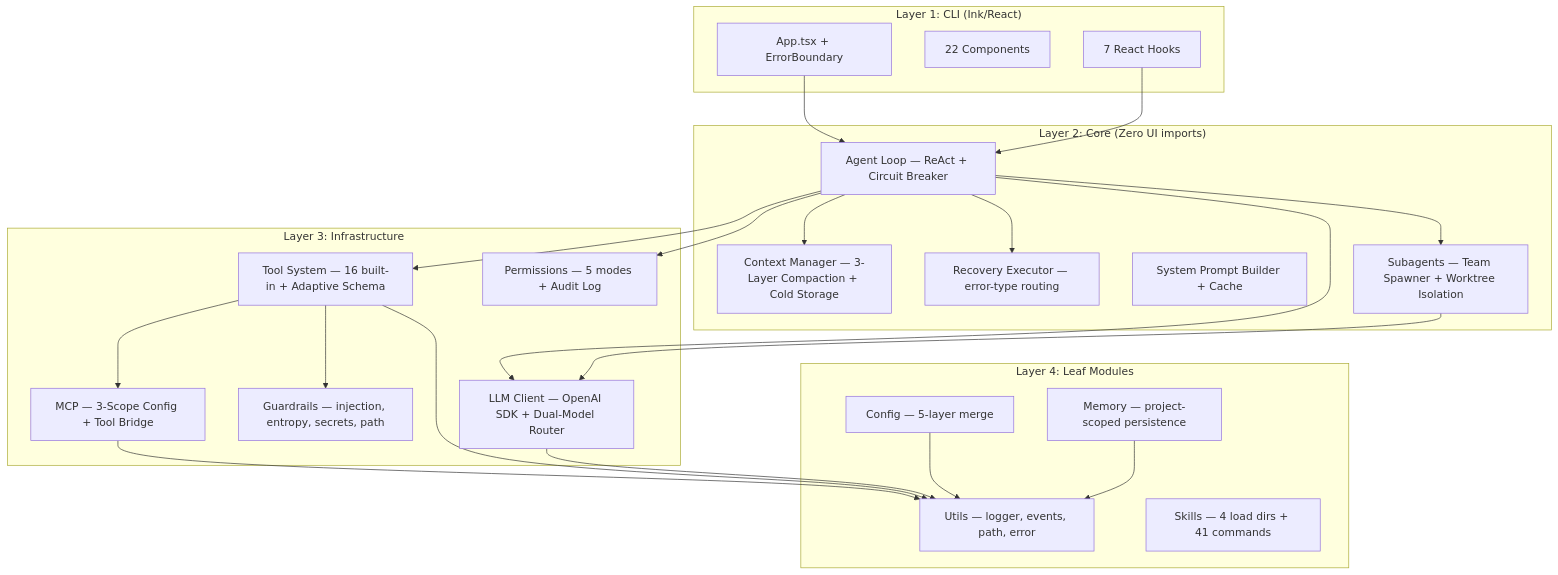
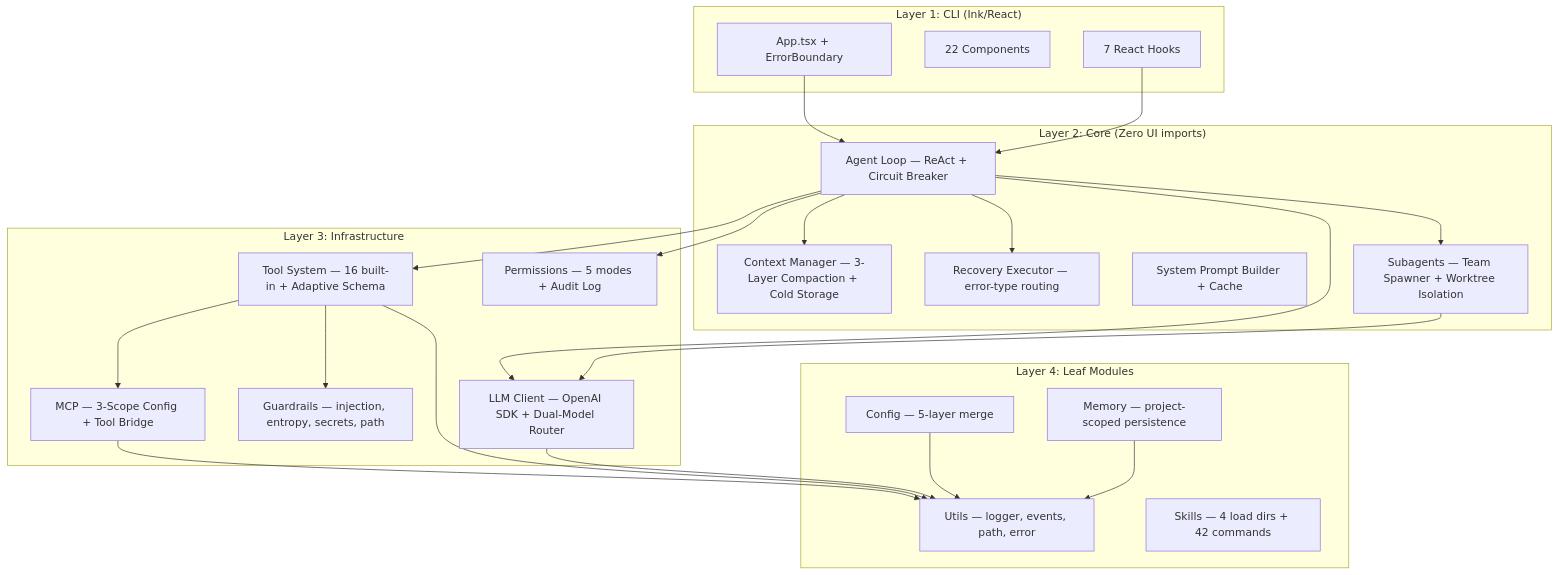
The diagram in CLAUDE.md (bigbulgogiburger/DHelix-Code), drawn with Mermaid before and after one commit. The commit also changed other lines of this file and 104 other files, not shown here.

````diff
--- a/CLAUDE.md
+++ b/CLAUDE.md
@@ -8,45 +8,45 @@
 ```mermaid
 graph TD
     subgraph CLI["Layer 1: CLI (Ink/React)"]
         APP[App.tsx + ErrorBoundary]
         COMP[22 Components]
         HOOKS[7 React Hooks]
     end
     subgraph CORE["Layer 2: Core (Zero UI imports)"]
         AGENT[Agent Loop — ReAct + Circuit Breaker]
         CTX[Context Manager — 3-Layer Compaction + Cold Storage]
         RECOVER[Recovery Executor — error-type routing]
         PROMPT[System Prompt Builder + Cache]
         SUBAG[Subagents — Team Spawner + Worktree Isolation]
     end
     subgraph INFRA["Layer 3: Infrastructure"]
         LLM[LLM Client — OpenAI SDK + Dual-Model Router]
         TOOLS[Tool System — 16 built-in + Adaptive Schema]
         GUARD[Guardrails — injection, entropy, secrets, path]
         PERM[Permissions — 5 modes + Audit Log]
         MCP_[MCP — 3-Scope Config + Tool Bridge]
     end
     subgraph LEAF["Layer 4: Leaf Modules"]
         UTILS[Utils — logger, events, path, error]
         CONFIG["Config — 5-layer merge"]
-        SKILLS[Skills — 4 load dirs + 41 commands]
+        SKILLS[Skills — 4 load dirs + 42 commands]
         MEM[Memory — project-scoped persistence]
     end
 
     APP --> AGENT
     HOOKS --> AGENT
     AGENT --> LLM
     AGENT --> TOOLS
     AGENT --> PERM
     AGENT --> CTX
     AGENT --> RECOVER
     AGENT --> SUBAG
     SUBAG --> LLM
     TOOLS --> GUARD
     TOOLS --> MCP_
     MCP_ --> UTILS
     TOOLS --> UTILS
     LLM --> UTILS
     CONFIG --> UTILS
     MEM --> UTILS
 ```
````
